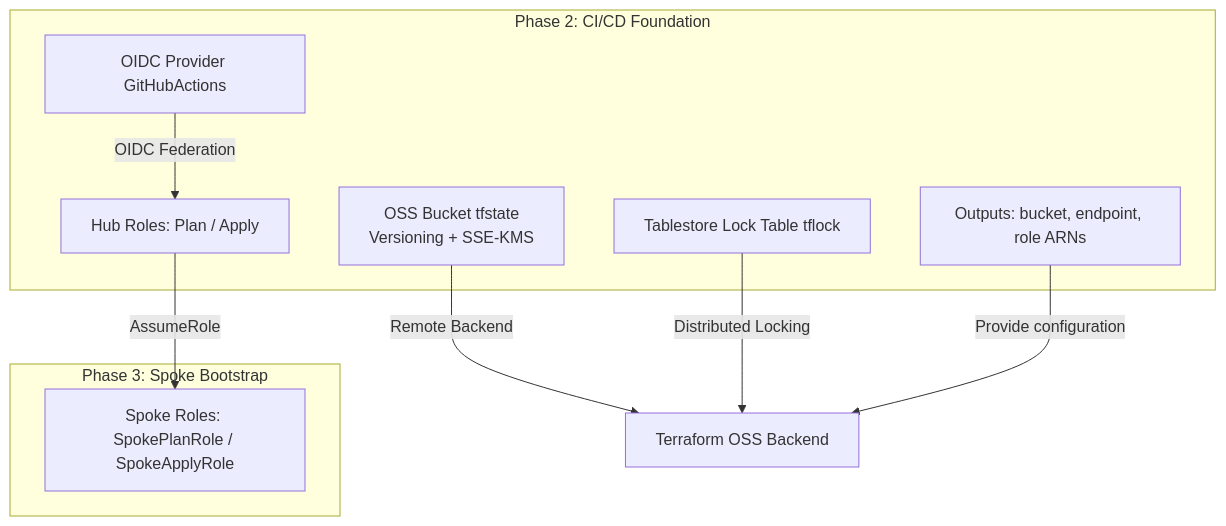
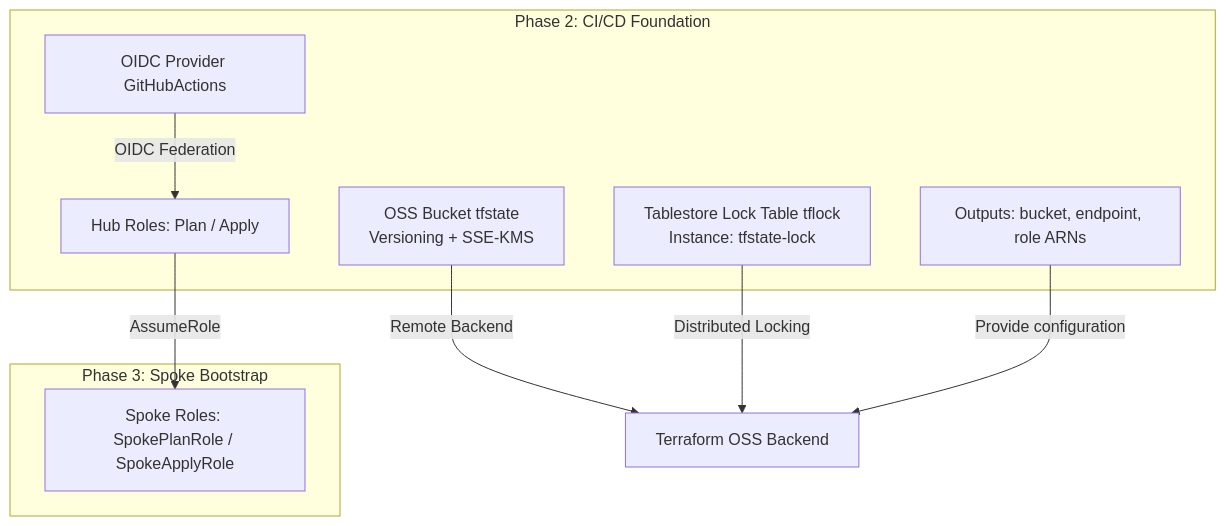
One commit to AlibabaCloudLandingZone/alibabacloud-landingzone-accelerator-github-demo changed the first of 3 diagrams in .qoder/repowiki/en/content/CI_CD Pipeline Architecture/State Management.md. Above: the diagram before and after it, drawn with Mermaid. The commit also changed other lines of this file and 34 other files, not shown here.

````diff
--- a/.qoder/repowiki/en/content/CI_CD Pipeline Architecture/State Management.md
+++ b/.qoder/repowiki/en/content/CI_CD Pipeline Architecture/State Management.md
@@ -37,18 +44,18 @@
 ```mermaid
 graph TB
 subgraph "Phase 2: CI/CD Foundation"
 A["OSS Bucket tfstate<br/>Versioning + SSE-KMS"]
-B["Tablestore Lock Table tflock"]
+B["Tablestore Lock Table tflock<br/>Instance: tfstate-lock"]
 C["OIDC Provider GitHubActions"]
 D["Hub Roles: Plan / Apply"]
 E["Outputs: bucket, endpoint, role ARNs"]
 end
 subgraph "Phase 3: Spoke Bootstrap"
 F["Spoke Roles: SpokePlanRole / SpokeApplyRole"]
 end
 A --> |"Remote Backend"| G["Terraform OSS Backend"]
 B --> |"Distributed Locking"| G
 C --> |"OIDC Federation"| D
 D --> |"AssumeRole"| F
 E --> |"Provide configuration"| G
 ```
````
